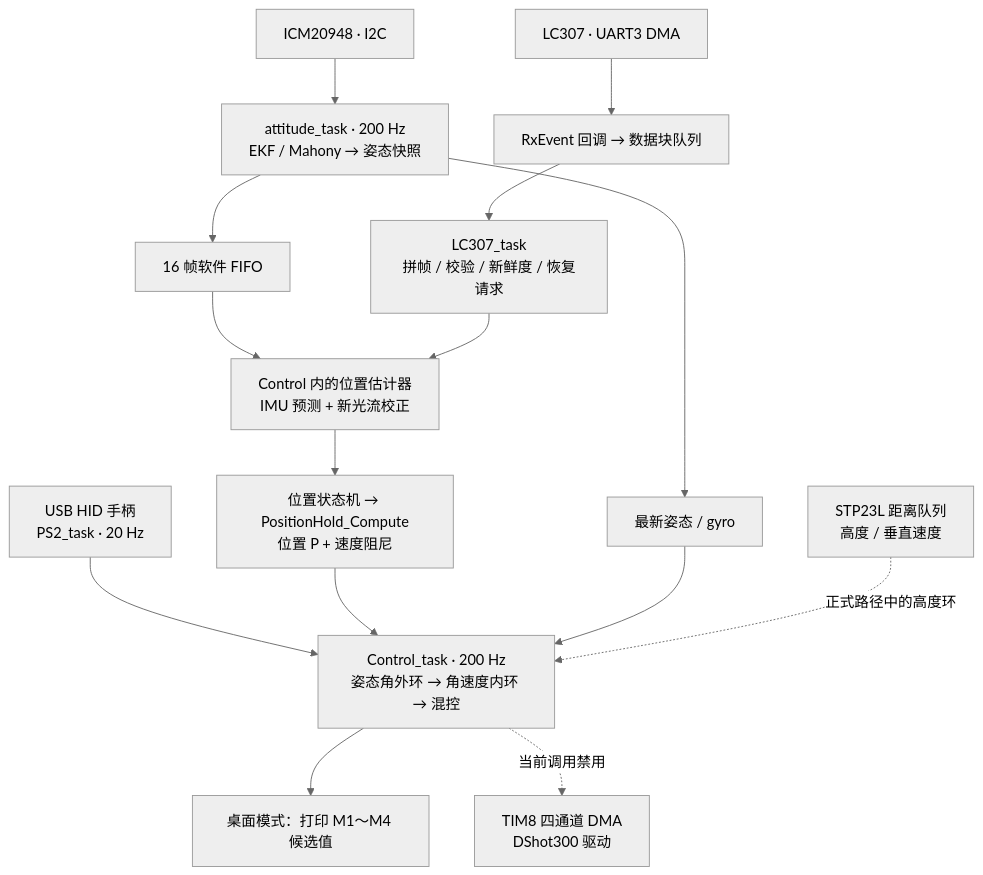
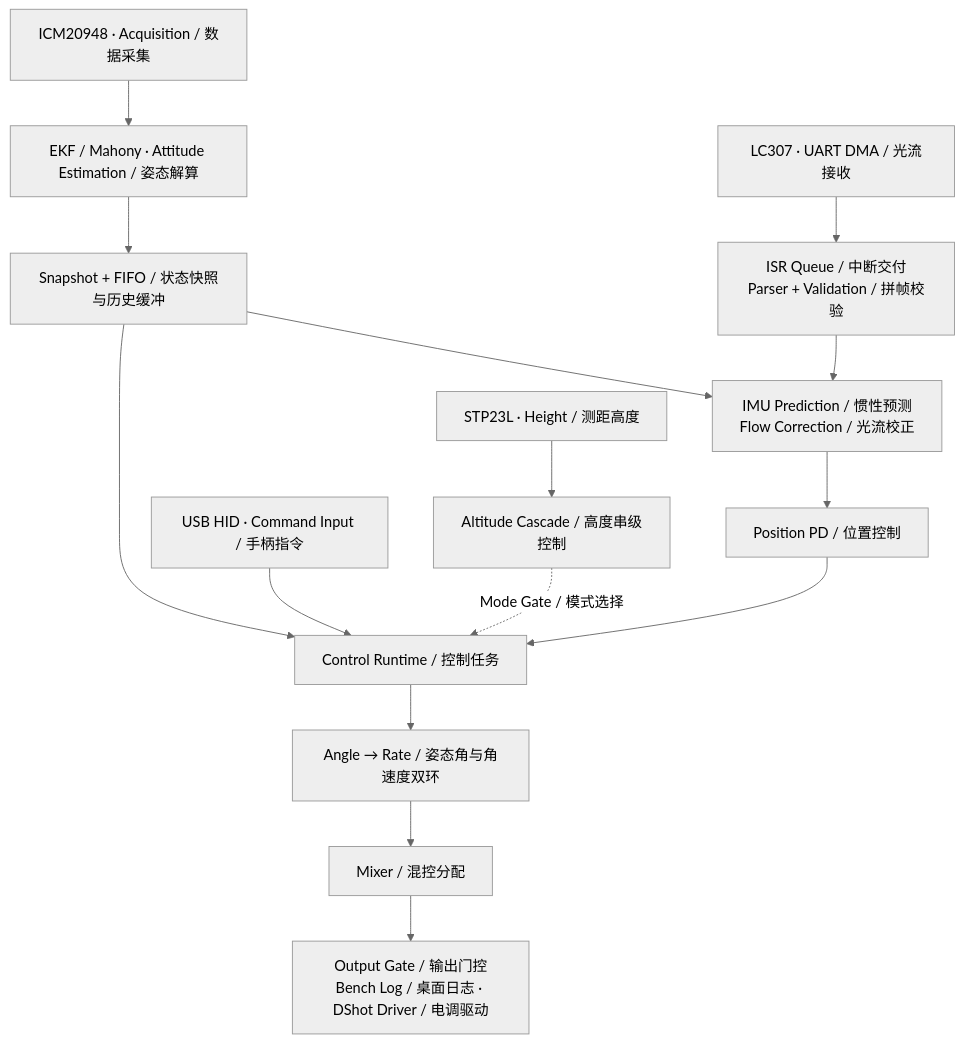
One commit to SEELE-ai-love/quadcopter-fc changed the second of 2 diagrams in README.md. Above: the diagram before and after it, drawn with Mermaid (neutral theme). The commit also changed other lines of this file and 5 other files, not shown here.

Commit message:
重做中英项目展示与姿态控制流程图

````diff
--- a/README.md
+++ b/README.md
@@ -53,17 +78,17 @@
 ```mermaid
 flowchart TB
-    IMU["ICM20948 · I2C"] --> ATT["attitude_task · 200 Hz<br/>EKF / Mahony → 姿态快照"]
-    ATT --> FIFO["16 帧软件 FIFO"]
-    ATT --> LATEST["最新姿态 / gyro"]
-    LC["LC307 · UART3 DMA"] --> ISR["RxEvent 回调 → 数据块队列"]
-    ISR --> PARSE["LC307_task<br/>拼帧 / 校验 / 新鲜度 / 恢复请求"]
-    FIFO --> EST["Control 内的位置估计器<br/>IMU 预测 + 新光流校正"]
-    PARSE --> EST
-    EST --> POS["位置状态机 → PositionHold_Compute<br/>位置 P + 速度阻尼"]
-    RC["USB HID 手柄<br/>PS2_task · 20 Hz"] --> CTL["Control_task · 200 Hz<br/>姿态角外环 → 角速度内环 → 混控"]
-    POS --> CTL
-    LATEST --> CTL
-    H["STP23L 距离队列<br/>高度 / 垂直速度"] -. "正式路径中的高度环" .-> CTL
-    CTL --> LOG["桌面模式：打印 M1～M4 候选值"]
-    CTL -. "当前调用禁用" .-> MOTOR["TIM8 四通道 DMA<br/>DShot300 驱动"]
+    IMU["ICM20948 · Acquisition / 数据采集"] --> ATT["EKF / Mahony · Attitude Estimation / 姿态解算"]
+    ATT --> SNAP["Snapshot + FIFO / 状态快照与历史缓冲"]
+    SNAP --> EST["IMU Prediction / 惯性预测<br/>Flow Correction / 光流校正"]
+    FLOW["LC307 · UART DMA / 光流接收"] --> RX["ISR Queue / 中断交付<br/>Parser + Validation / 拼帧校验"]
+    RX --> EST
+    EST --> POS["Position PD / 位置控制"]
+    RC["USB HID · Command Input / 手柄指令"] --> CTRL["Control Runtime / 控制任务"]
+    POS --> CTRL
+    SNAP --> CTRL
+    TOF["STP23L · Height / 测距高度"] --> ALT["Altitude Cascade / 高度串级控制"]
+    ALT -. "Mode Gate / 模式选择" .-> CTRL
+    CTRL --> PID["Angle → Rate / 姿态角与角速度双环"]
+    PID --> MIX["Mixer / 混控分配"]
+    MIX --> OUT["Output Gate / 输出门控<br/>Bench Log / 桌面日志 · DShot Driver / 电调驱动"]
 ```
````
